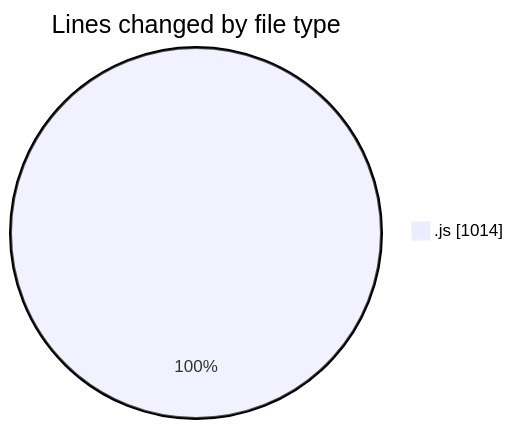
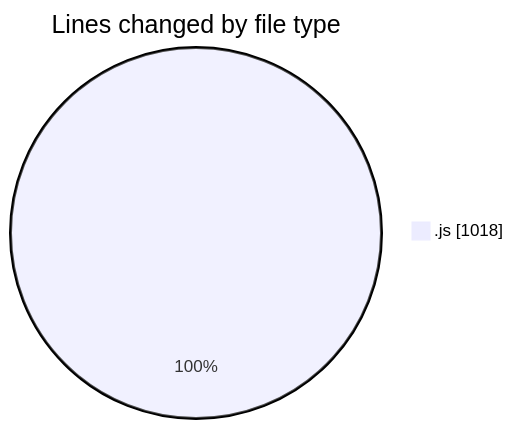
Before and after one commit to nxtqubesakshisongat/code-tracking: the first of 2 diagrams in 2025-11-02/nxtqube_webapp/README.md, drawn with Mermaid. The commit also changed other lines of this file and 1 other file, not shown here.

````diff
--- a/2025-11-02/nxtqube_webapp/README.md
+++ b/2025-11-02/nxtqube_webapp/README.md
@@ -23,5 +23,5 @@
 ```mermaid
 pie showData
 title Lines changed by file type
-".js" : 1014
+".js" : 1018
 ```
````
